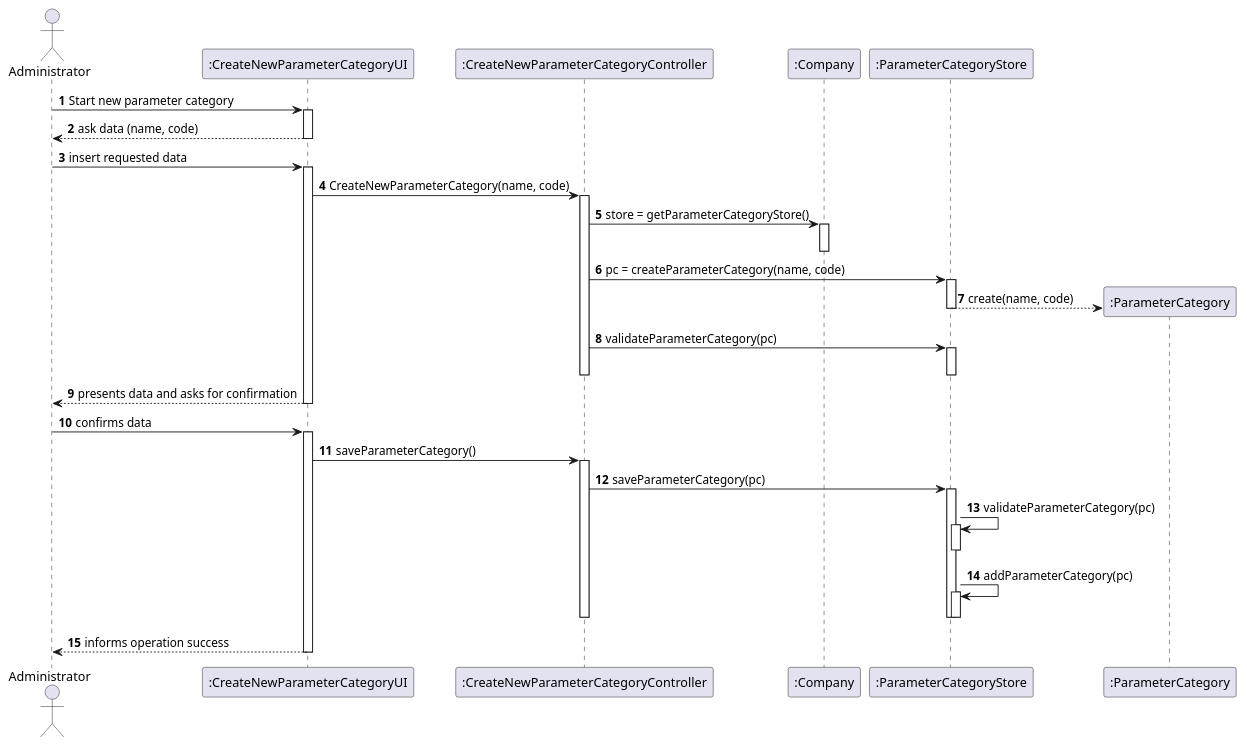
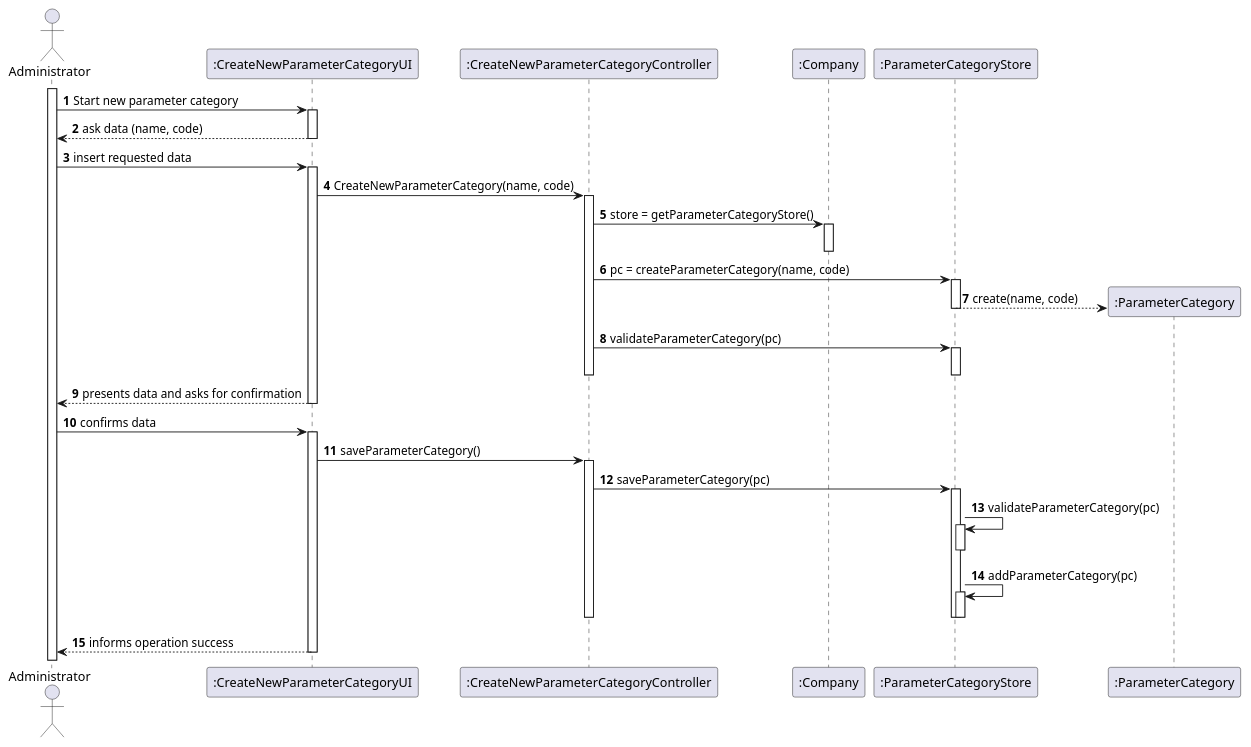
Before and after one commit to GuilhermeCunha79/lapr2: the diagram in docs/SprintB/US11/UC11_SD.puml, drawn with PlantUML. The commit also changed 11 other files, not shown here.

Commit message:
[US-8] Commit introduced by updating MD diagram,CD diagram, SD diagram, and SSD diagram. All in SVG Version, and finish the requirements engineering. I realize the US8_RegisterANewClinicalAnalysisLaboratory.svg too, and a small update in the US11_SD.puml.

```diff
--- a/docs/SprintB/US11/UC11_SD.puml
+++ b/docs/SprintB/US11/UC11_SD.puml
@@ -1,52 +1,52 @@
 @startuml
 autonumber
 'hide footbox
 actor "Administrator" as ADMIN
 
 participant ":CreateNewParameterCategoryUI" as UI
 participant ":CreateNewParameterCategoryController" as CTRL
 participant ":Company" as COMP
 participant ":ParameterCategoryStore" as PCS
 participant ":ParameterCategory" as PC
 
 
-
+activate ADMIN
 ADMIN -> UI : Start new parameter category
 activate UI
 UI --> ADMIN : ask data (name, code)
 deactivate UI
 ADMIN -> UI : insert requested data
 activate UI
     UI -> CTRL : CreateNewParameterCategory(name, code)
     activate CTRL
         CTRL -> COMP : store = getParameterCategoryStore()
         activate COMP
         deactivate COMP
         CTRL -> PCS : pc = createParameterCategory(name, code)
         activate PCS
             PCS --> PC** : create(name, code)
         deactivate PCS
         CTRL -> PCS : validateParameterCategory(pc)
         activate PCS
         deactivate PCS
     deactivate CTRL
     UI --> ADMIN : presents data and asks for confirmation
 deactivate UI
 ADMIN -> UI : confirms data
 activate UI
     UI -> CTRL : saveParameterCategory()
     activate CTRL
         CTRL -> PCS : saveParameterCategory(pc)
         activate PCS
             PCS -> PCS : validateParameterCategory(pc)
             activate PCS
             deactivate PCS
             PCS -> PCS : addParameterCategory(pc)
             activate PCS
             deactivate PCS
         deactivate PCS
     deactivate CTRL
     UI --> ADMIN : informs operation success
 deactivate UI
 
 @enduml
```
